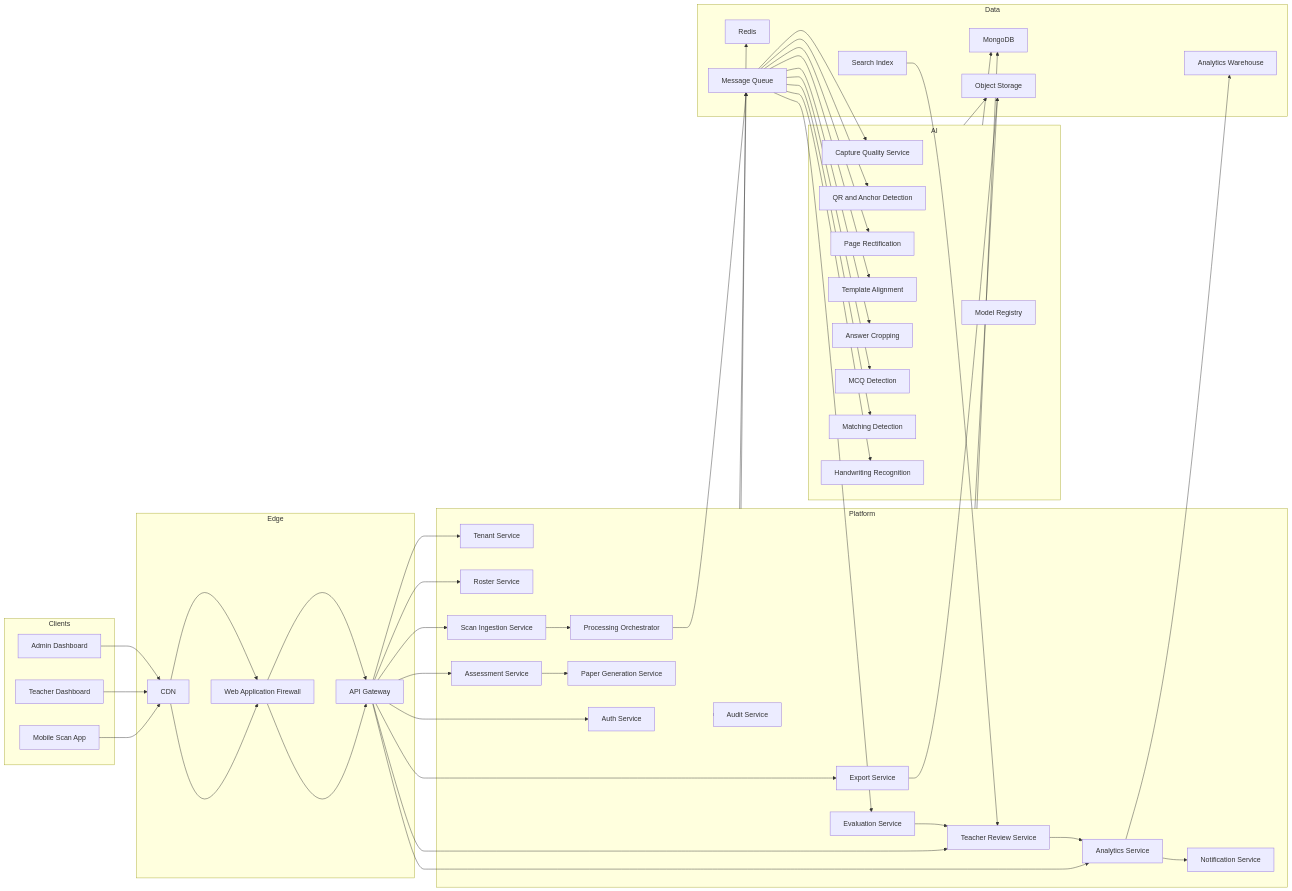
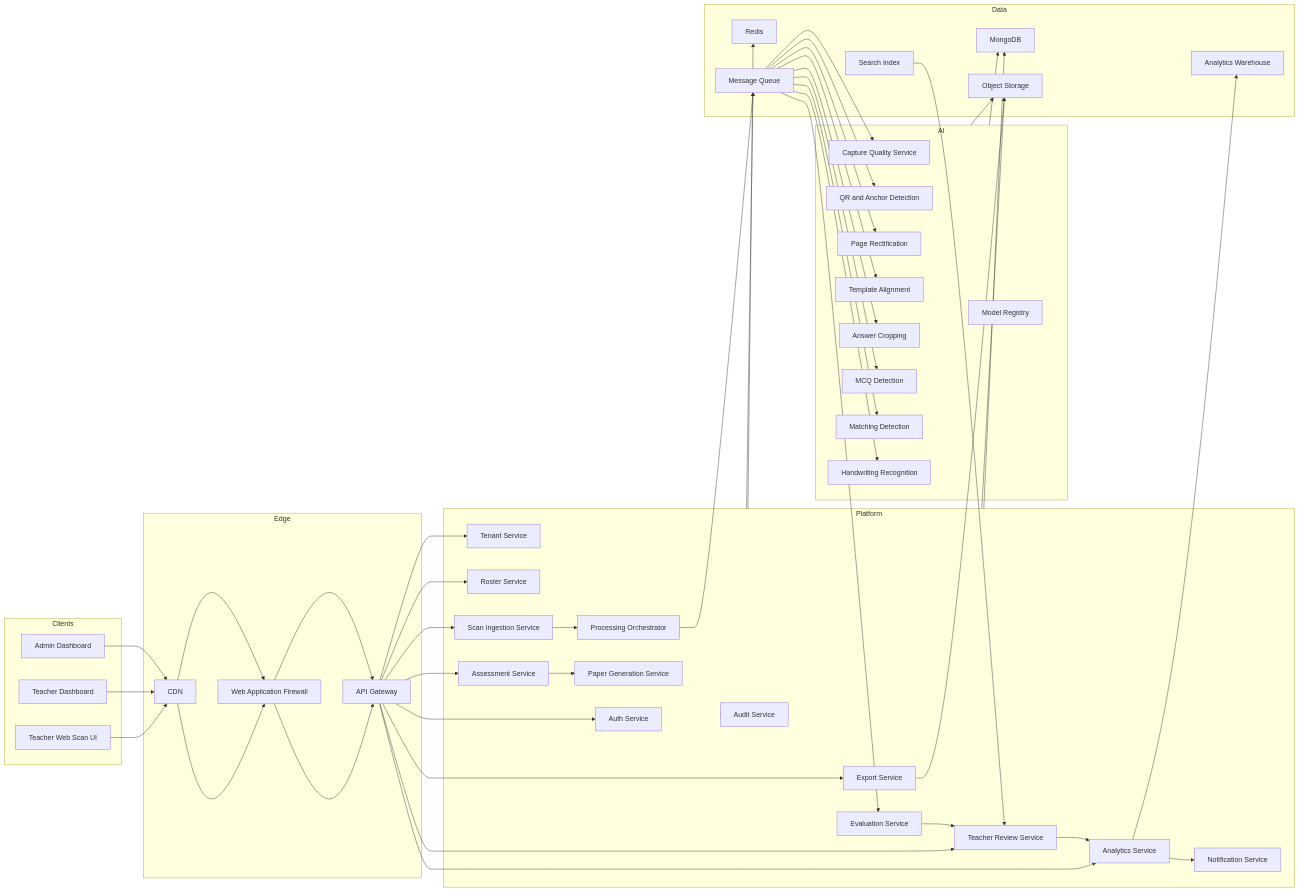
One commit to RahulPrsad/fln changed the third of 18 diagrams in ARCHITECTURE.md. Above: the diagram before and after it, drawn with Mermaid. The commit also changed other lines of this file and 13 other files, not shown here.

````diff
--- a/ARCHITECTURE.md
+++ b/ARCHITECTURE.md
@@ -143,7 +143,7 @@
 ```mermaid
 flowchart LR
     subgraph Clients
-        MobileApp["Mobile Scan App"]
+        MobileApp["Teacher Web Scan UI"]
         TeacherWeb["Teacher Dashboard"]
         AdminWeb["Admin Dashboard"]
     end
````
